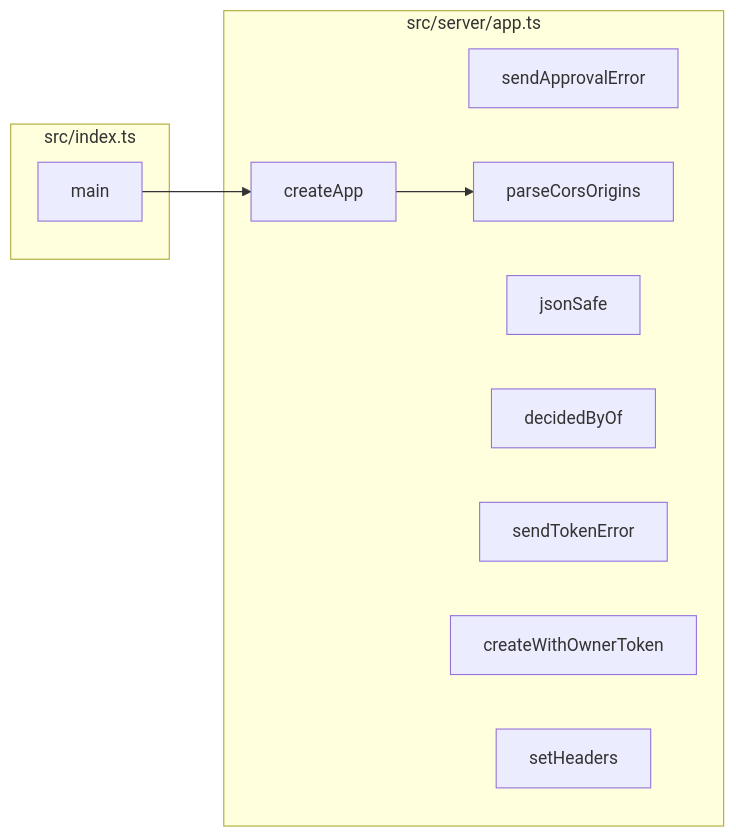
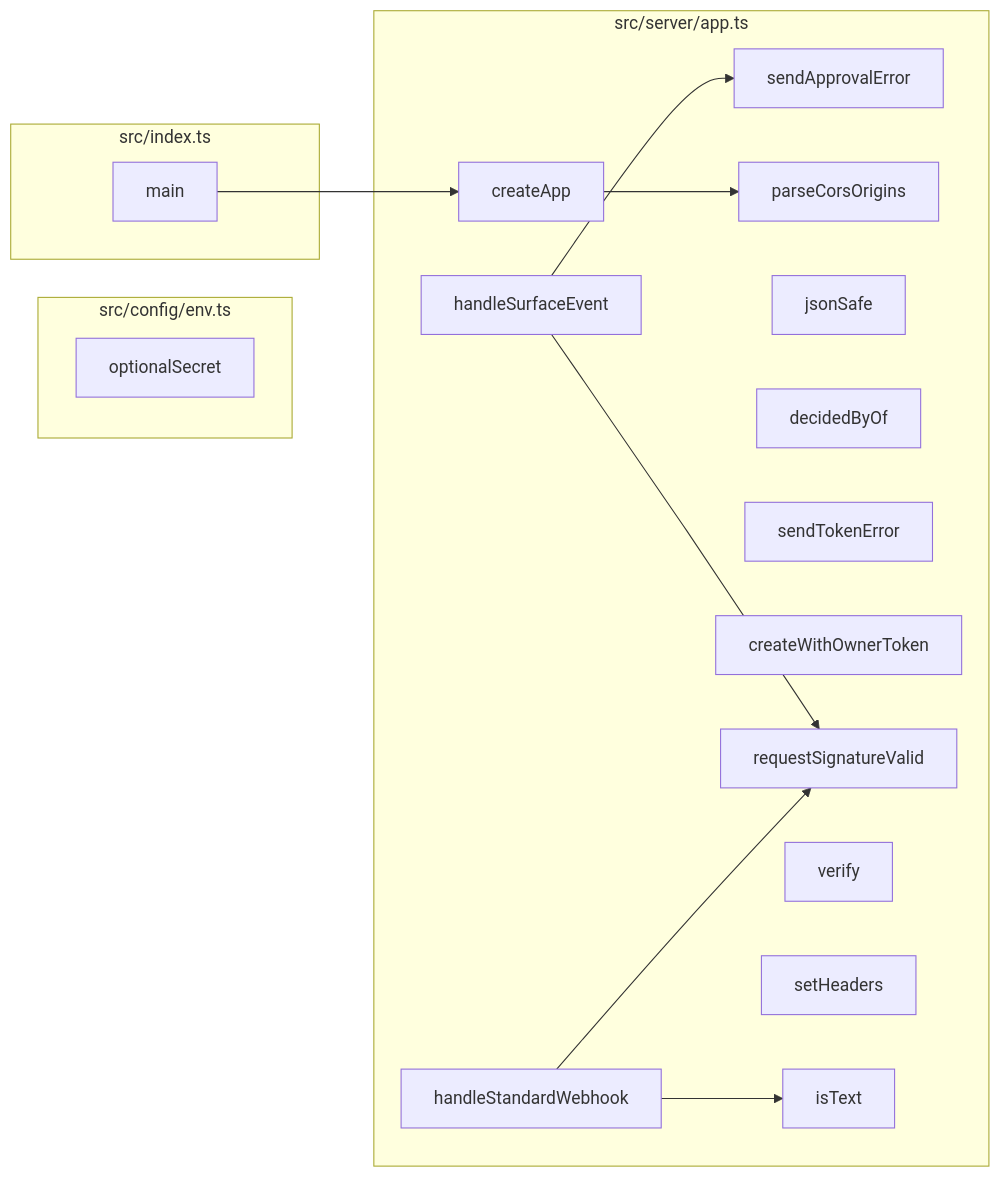
The fourth of 8 diagrams in docs/CODEBASE_MAP.md (Jaydearcadian/bind), drawn with Mermaid before and after one commit. The commit also changed other lines of this file and 18 other files, not shown here.

````diff
--- a/docs/CODEBASE_MAP.md
+++ b/docs/CODEBASE_MAP.md
@@ -217,18 +230,30 @@
 ```mermaid
 flowchart LR
-  subgraph F0["src/index.ts"]
-    n138["main"]
+  subgraph F0["src/config/env.ts"]
+    n106["optionalSecret"]
   end
-  subgraph F1["src/server/app.ts"]
-    n155["sendApprovalError"]
-    n156["parseCorsOrigins"]
-    n157["jsonSafe"]
-    n158["decidedByOf"]
-    n159["sendTokenError"]
-    n160["createWithOwnerToken"]
-    n161["createApp"]
-    n162["setHeaders"]
+  subgraph F1["src/index.ts"]
+    n140["main"]
   end
-  n138 --> n161
-  n161 --> n156
+  subgraph F2["src/server/app.ts"]
+    n157["sendApprovalError"]
+    n158["parseCorsOrigins"]
+    n159["jsonSafe"]
+    n160["decidedByOf"]
+    n161["sendTokenError"]
+    n162["createWithOwnerToken"]
+    n163["requestSignatureValid"]
+    n164["createApp"]
+    n165["verify"]
+    n166["setHeaders"]
+    n205["handleSurfaceEvent"]
+    n206["handleStandardWebhook"]
+    n207["isText"]
+  end
+  n140 --> n164
+  n164 --> n158
+  n205 --> n163
+  n205 --> n157
+  n206 --> n163
+  n206 --> n207
 ```
````
